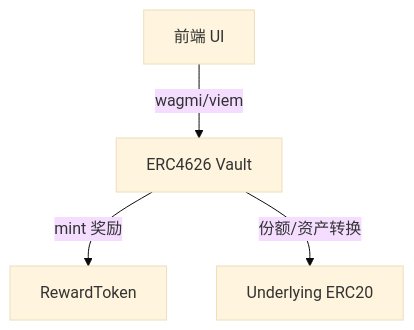
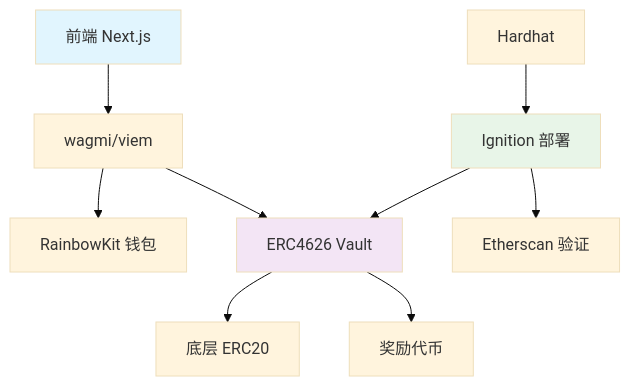
Before and after one commit to RohithVetri/defi-fixed-yield-course: the second of 2 diagrams in README.md, drawn with Mermaid (base theme). The commit also changed other lines of this file and 5 other files, not shown here.

````diff
--- a/README.md
+++ b/README.md
@@ -367,6 +169,16 @@
 ```mermaid
 graph TD
-  A[前端 UI] -- wagmi/viem --> B[ERC4626 Vault]
-  B -- mint 奖励 --> C[RewardToken]
-  B -- 份额/资产转换 --> D[Underlying ERC20]
+    A[前端 Next.js] --> B[wagmi/viem]
+    B --> C[RainbowKit 钱包]
+    B --> D[ERC4626 Vault]
+    D --> E[底层 ERC20]
+    D --> F[奖励代币]
+    
+    G[Hardhat] --> H[Ignition 部署]
+    H --> D
+    H --> I[Etherscan 验证]
+    
+    style A fill:#e1f5fe
+    style D fill:#f3e5f5
+    style H fill:#e8f5e8
 ```
````
